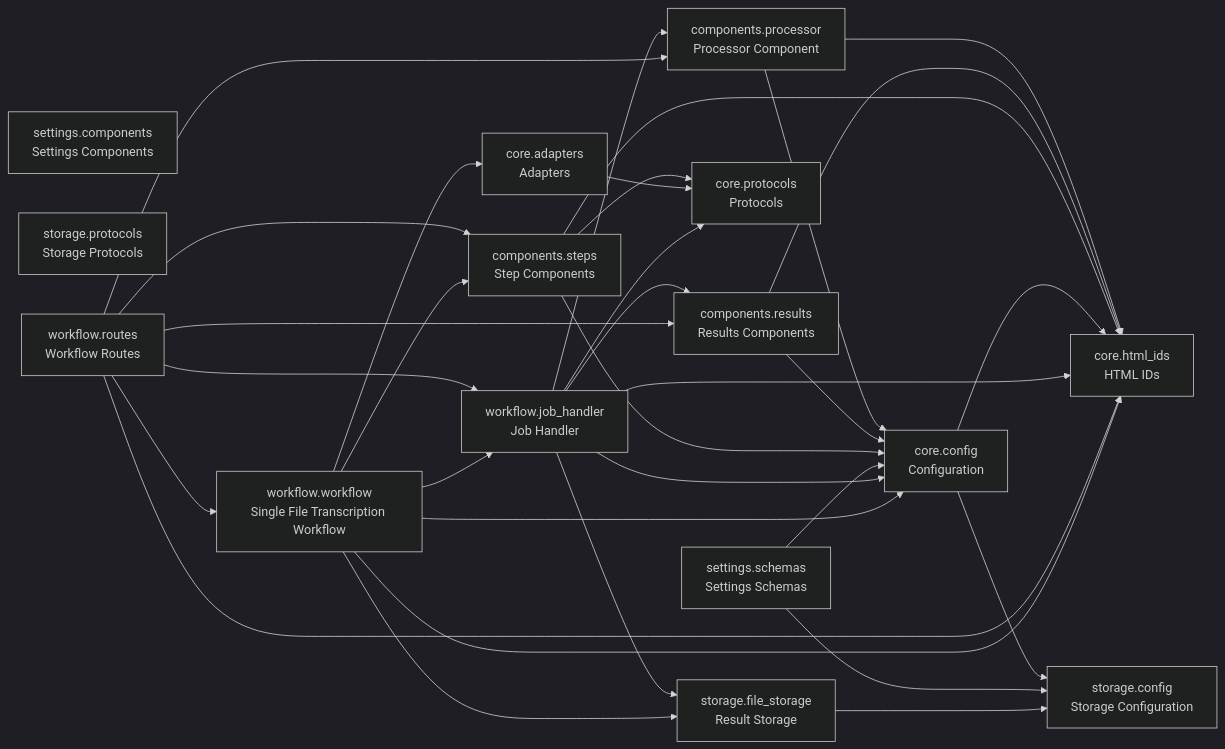
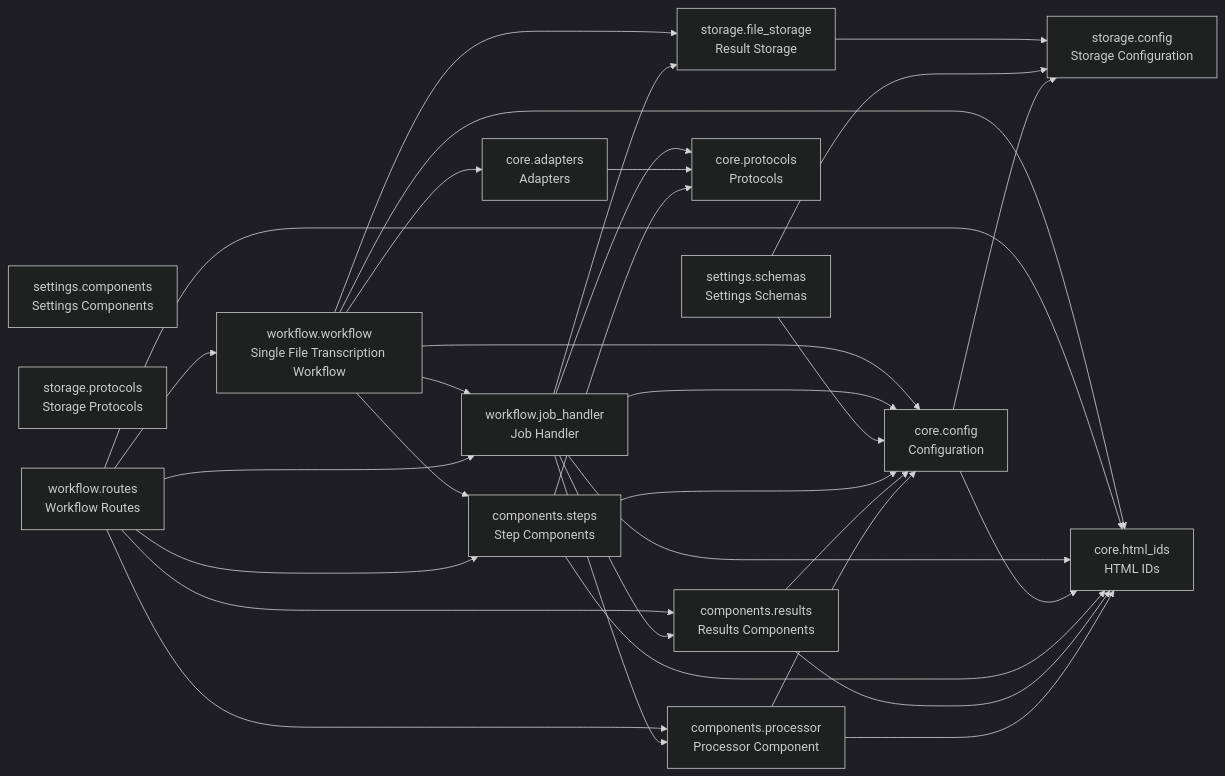
The diagram in README.md (cj-mills/cjm-fasthtml-workflow-transcription-single-file), drawn with Mermaid (dark theme) before and after one commit. The commit also changed other lines of this file and 4 other files, not shown here.

Commit message:
Refactor nbs/workflow/routes.ipynb module.

````diff
--- a/README.md
+++ b/README.md
@@ -40,50 +40,50 @@
 ``` mermaid
 graph LR
     components_processor[components.processor<br/>Processor Component]
     components_results[components.results<br/>Results Components]
     components_steps[components.steps<br/>Step Components]
     core_adapters[core.adapters<br/>Adapters]
     core_config[core.config<br/>Configuration]
     core_html_ids[core.html_ids<br/>HTML IDs]
     core_protocols[core.protocols<br/>Protocols]
     settings_components[settings.components<br/>Settings Components]
     settings_schemas[settings.schemas<br/>Settings Schemas]
     storage_config[storage.config<br/>Storage Configuration]
     storage_file_storage[storage.file_storage<br/>Result Storage]
     storage_protocols[storage.protocols<br/>Storage Protocols]
     workflow_job_handler[workflow.job_handler<br/>Job Handler]
     workflow_routes[workflow.routes<br/>Workflow Routes]
     workflow_workflow[workflow.workflow<br/>Single File Transcription Workflow]
 
+    components_processor --> core_config
     components_processor --> core_html_ids
-    components_processor --> core_config
+    components_results --> core_config
     components_results --> core_html_ids
-    components_results --> core_config
+    components_steps --> core_protocols
+    components_steps --> core_config
     components_steps --> core_html_ids
-    components_steps --> core_config
-    components_steps --> core_protocols
     core_adapters --> core_protocols
     core_config --> storage_config
     core_config --> core_html_ids
     settings_schemas --> core_config
     settings_schemas --> storage_config
     storage_file_storage --> storage_config
     workflow_job_handler --> core_protocols
+    workflow_job_handler --> storage_file_storage
     workflow_job_handler --> components_results
+    workflow_job_handler --> core_html_ids
     workflow_job_handler --> core_config
-    workflow_job_handler --> storage_file_storage
     workflow_job_handler --> components_processor
-    workflow_job_handler --> core_html_ids
     workflow_routes --> components_results
     workflow_routes --> workflow_job_handler
+    workflow_routes --> core_html_ids
+    workflow_routes --> components_steps
     workflow_routes --> components_processor
-    workflow_routes --> components_steps
     workflow_routes --> workflow_workflow
-    workflow_routes --> core_html_ids
     workflow_workflow --> components_steps
     workflow_workflow --> core_adapters
+    workflow_workflow --> core_config
     workflow_workflow --> storage_file_storage
+    workflow_workflow --> core_html_ids
     workflow_workflow --> workflow_job_handler
-    workflow_workflow --> core_html_ids
-    workflow_workflow --> core_config
 ```
````
